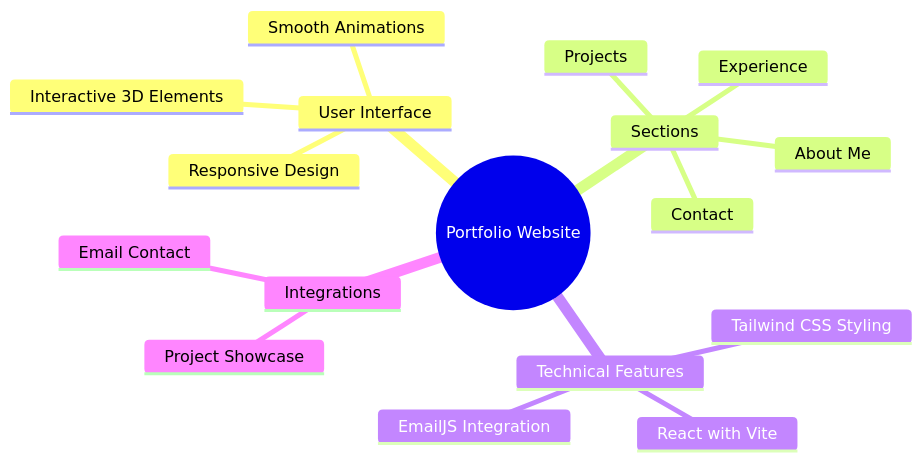
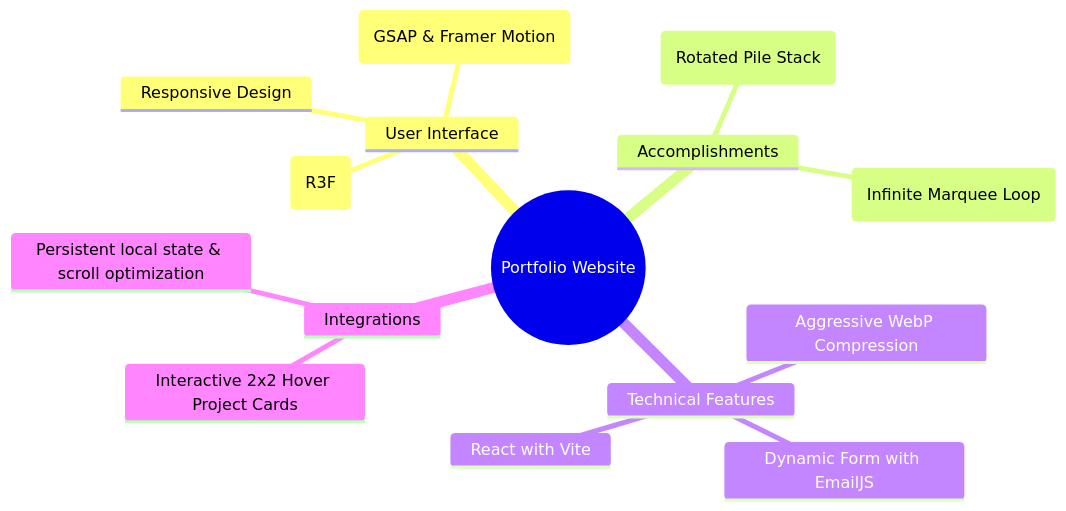
The diagram in README.md (Purjeet979/Portfolio), drawn with Mermaid before and after one commit. The commit also changed other lines of this file, not shown here.

Commit message:
docs: update README with Purjeet Shahu's project details and features

````diff
--- a/README.md
+++ b/README.md
@@ -25,20 +23,18 @@
 ```mermaid
 mindmap
   root((Portfolio Website))
     User Interface
       Responsive Design
-      Smooth Animations
-      Interactive 3D Elements
-    Sections
-      About Me
-      Experience
-      Projects
-      Contact
+      Smooth Animations (GSAP & Framer Motion)
+      Interactive 3D Elements (R3F)
+    Accomplishments
+      Certificates (Rotated Pile Stack)
+      Achievements (Infinite Marquee Loop)
     Technical Features
       React with Vite
-      Tailwind CSS Styling
-      EmailJS Integration
+      Aggressive WebP Compression
+      Dynamic Form with EmailJS
     Integrations
-       Email Contact
-      Project Showcase
+      Interactive 2x2 Hover Project Cards
+      Persistent local state & scroll optimization
 ```
````
